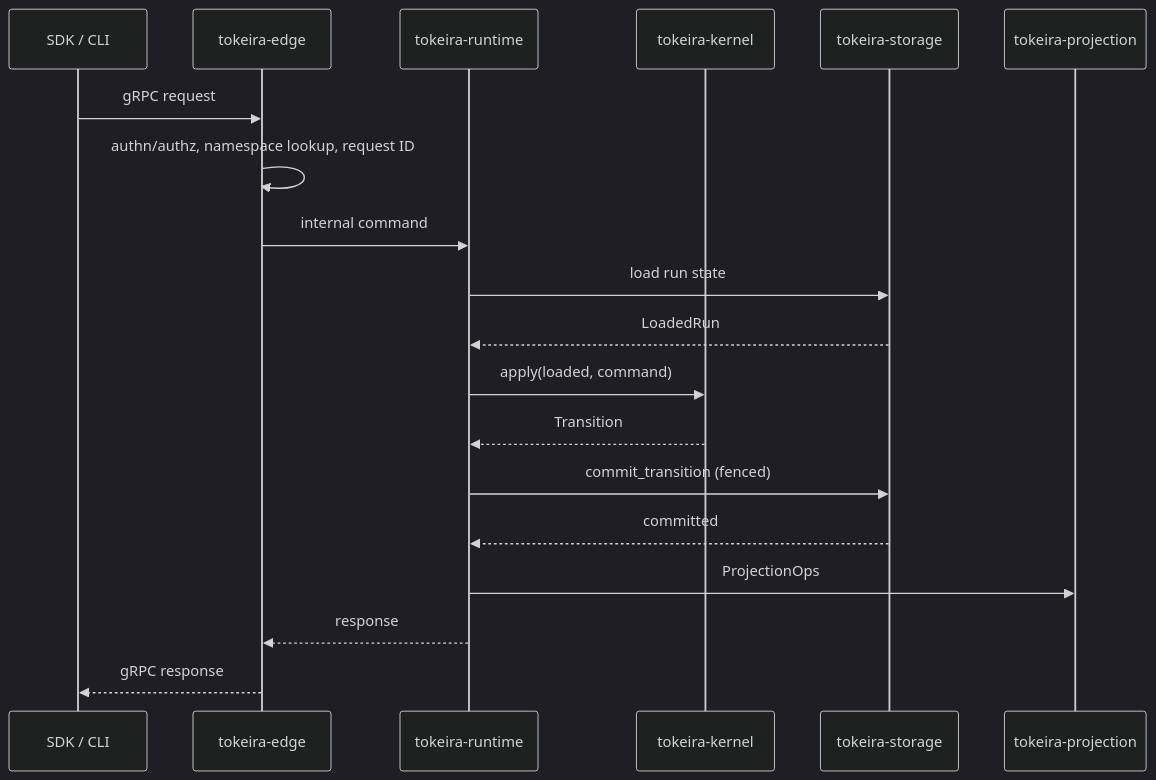
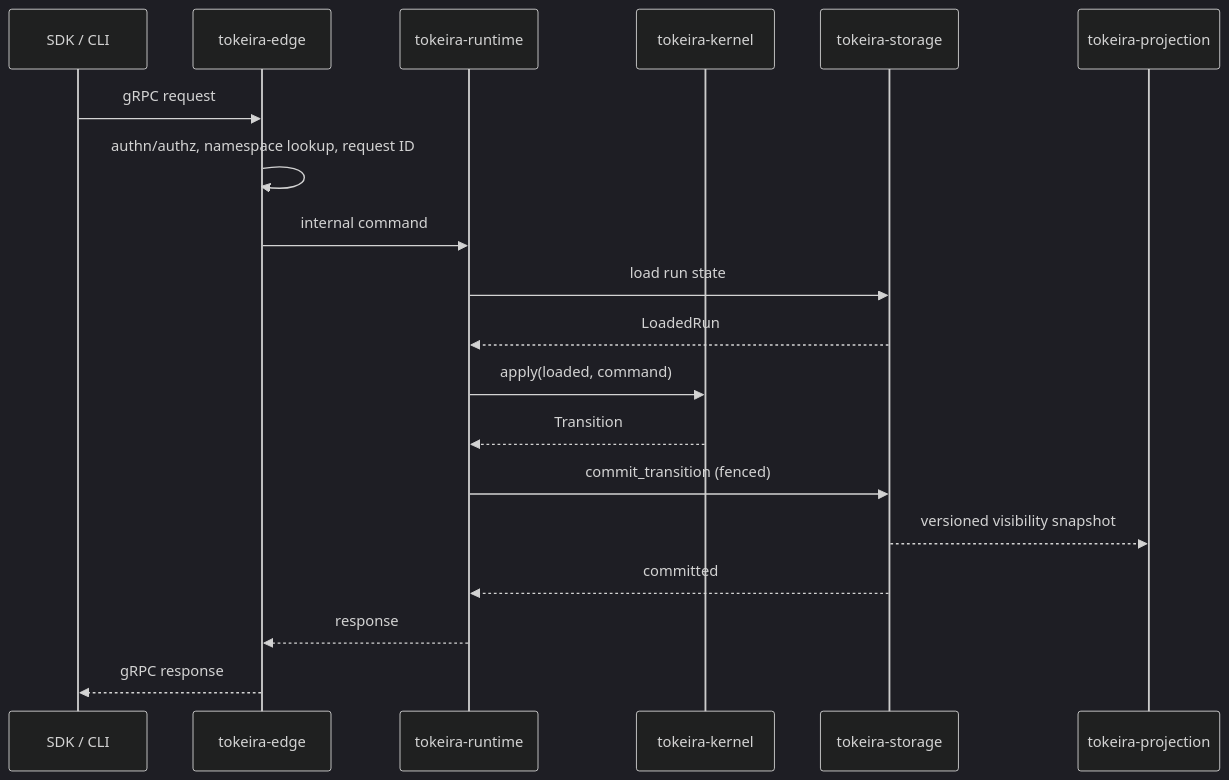
The second of 2 diagrams in docs/crates/README.md (tokeira/tokeira), drawn with Mermaid (dark theme) before and after one commit. The commit also changed 29 other files, not shown here.

````diff
--- a/docs/crates/README.md
+++ b/docs/crates/README.md
@@ -65,22 +65,22 @@
 ```mermaid
 sequenceDiagram
     participant Client as SDK / CLI
     participant Edge as tokeira-edge
     participant Runtime as tokeira-runtime
     participant Kernel as tokeira-kernel
     participant Storage as tokeira-storage
     participant Projection as tokeira-projection
 
     Client->>Edge: gRPC request
     Edge->>Edge: authn/authz, namespace lookup, request ID
     Edge->>Runtime: internal command
     Runtime->>Storage: load run state
     Storage-->>Runtime: LoadedRun
     Runtime->>Kernel: apply(loaded, command)
     Kernel-->>Runtime: Transition
     Runtime->>Storage: commit_transition (fenced)
+    Storage-->>Projection: versioned visibility snapshot
     Storage-->>Runtime: committed
-    Runtime->>Projection: ProjectionOps
     Runtime-->>Edge: response
     Edge-->>Client: gRPC response
 ```
````
